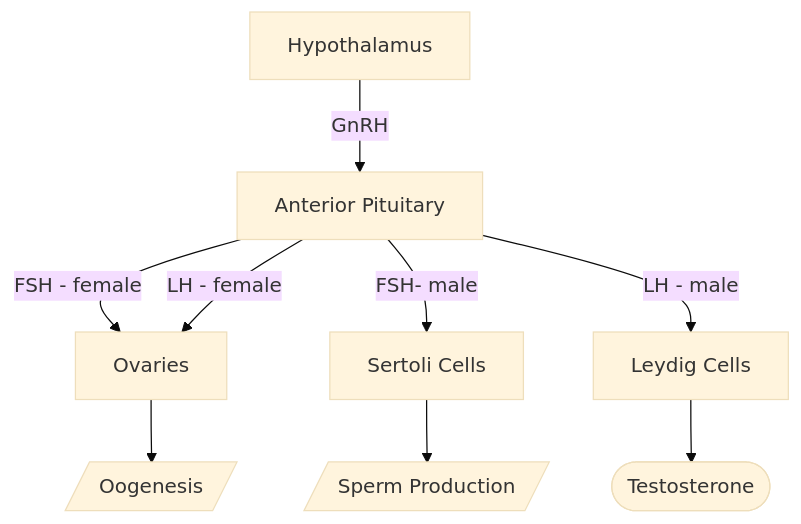
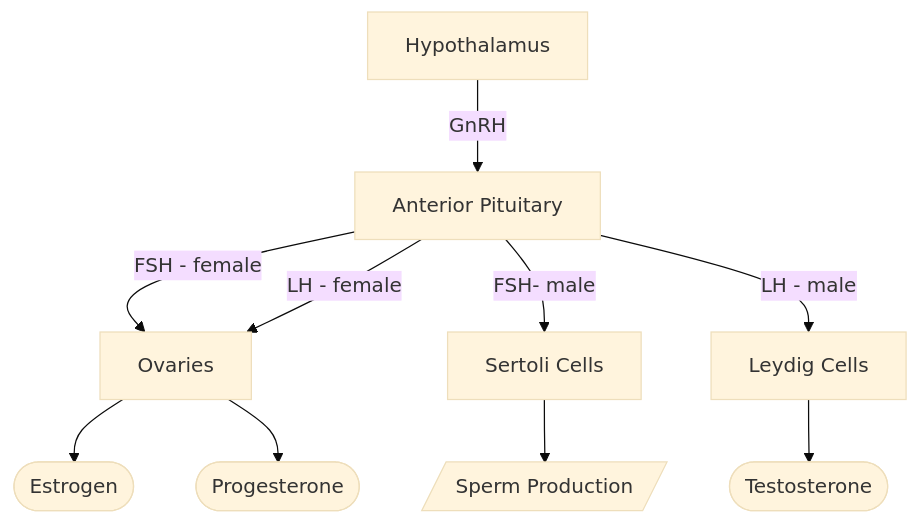
The diagram in Endocrine System/Reproductive Axis.md (dmurali12/TheBox), drawn with Mermaid (base theme) before and after one commit. The commit also changed 1 other file, not shown here.

Commit message:
vault backup: 2025-11-07 12:48:32

````diff
--- a/Endocrine System/Reproductive Axis.md
+++ b/Endocrine System/Reproductive Axis.md
@@ -2,21 +2,23 @@
 ```mermaid
 graph TD
 H[Hypothalamus]
 AP[Anterior Pituitary]
 O[Ovaries]
 L[Leydig Cells]
 S[Sertoli Cells]
 Te([Testosterone])
 Sp[/Sperm Production/]
-Oo[/Oogenesis/]
+E([Estrogen])
+P([Progesterone])
 
 H--> |GnRH| AP
 AP -->|FSH - female| O
 AP --> |FSH- male| S
 AP --> |LH - female| O
 AP --> |LH - male| L
 L --> Te
 S --> Sp
-O --> Oo
+O --> E
+O --> P
 
 ```
````
